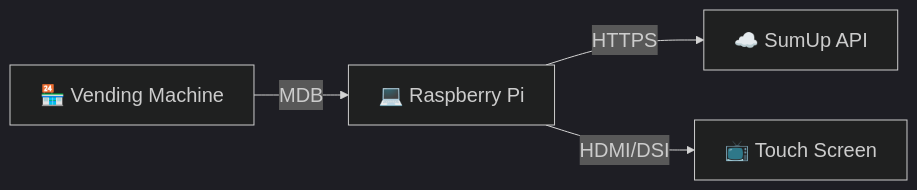
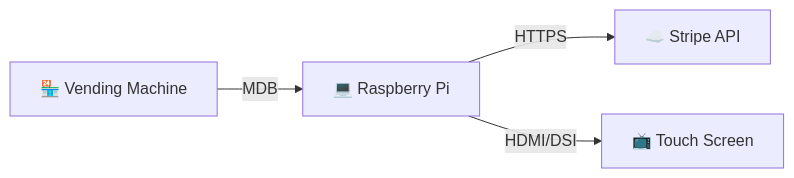
One commit to jiroscripts/sumup-mdb-qibixx changed the diagram in docs/README.md. Above: the diagram before and after it, drawn with Mermaid. The commit also changed other lines of this file and 11 other files, not shown here.

````diff
--- a/docs/README.md
+++ b/docs/README.md
@@ -18,12 +18,11 @@
 ```mermaid
-%%{init: {'theme':'dark', 'themeVariables': { 'fontSize':'20px'}}}%%
 graph LR
     VMC["🏪 Vending Machine"]
     Pi["💻 Raspberry Pi"]
-    SumUp["☁️ SumUp API"]
+    Stripe["☁️ Stripe API"]
     Screen["📺 Touch Screen"]
     
     VMC -->|MDB| Pi
-    Pi -->|HTTPS| SumUp
+    Pi -->|HTTPS| Stripe
     Pi -->|HDMI/DSI| Screen
 ```
````
